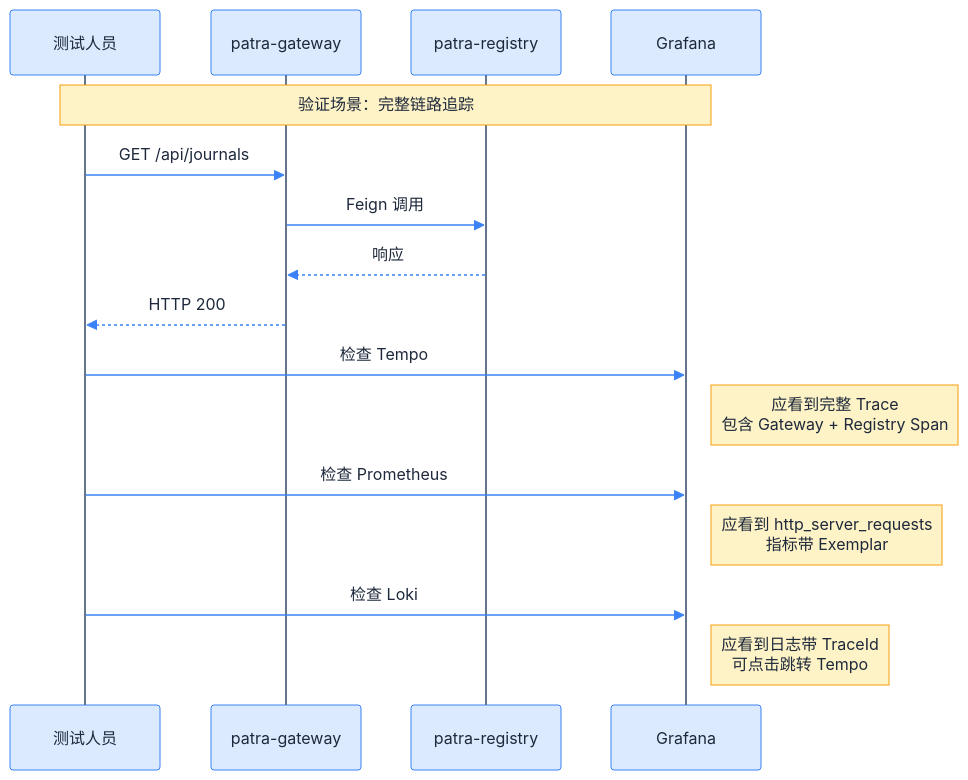
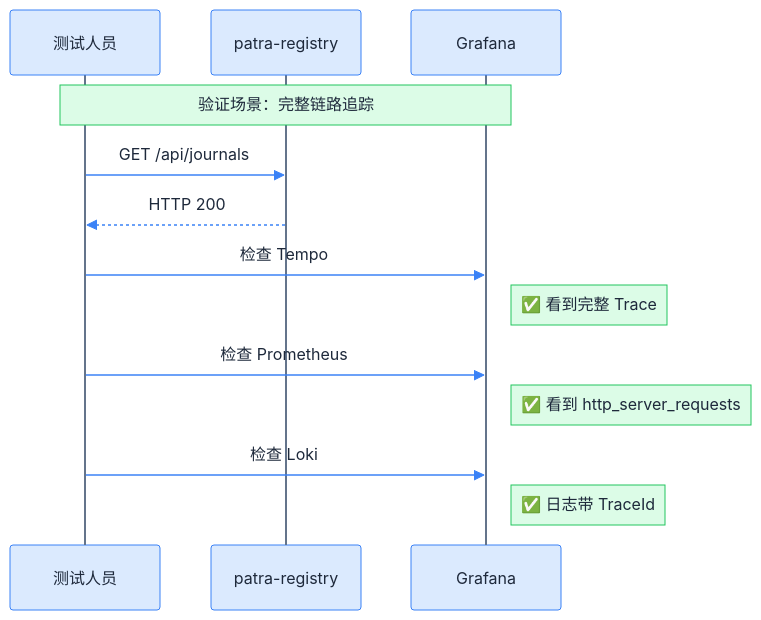
One commit to linqibin0826/patra changed the second of 3 diagrams in patra-api/docs/designs/observability/07-implementation-roadmap.md. Above: the diagram before and after it, drawn with Mermaid. The commit also changed other lines of this file and 4 other files, not shown here.

````diff
--- a/patra-api/docs/designs/observability/07-implementation-roadmap.md
+++ b/patra-api/docs/designs/observability/07-implementation-roadmap.md
@@ -208,38 +238,35 @@
 ```mermaid
 %%{init: {
   'theme': 'base',
   'themeVariables': {
     'primaryColor': '#dbeafe',
     'primaryTextColor': '#1e293b',
     'primaryBorderColor': '#3b82f6',
     'lineColor': '#64748b',
     'actorLineColor': '#64748b',
     'signalColor': '#3b82f6',
     'signalTextColor': '#1e293b',
-    'noteBkgColor': '#fef3c7',
+    'noteBkgColor': '#dcfce7',
     'noteTextColor': '#1e293b',
-    'noteBorderColor': '#f59e0b'
+    'noteBorderColor': '#22c55e'
   }
 }}%%
 sequenceDiagram
     participant Tester as 测试人员
-    participant Gateway as patra-gateway
     participant Registry as patra-registry
     participant Grafana as Grafana
 
     Note over Tester,Grafana: 验证场景：完整链路追踪
 
-    Tester->>Gateway: GET /api/journals
-    Gateway->>Registry: Feign 调用
-    Registry-->>Gateway: 响应
-    Gateway-->>Tester: HTTP 200
+    Tester->>Registry: GET /api/journals
+    Registry-->>Tester: HTTP 200
 
     Tester->>Grafana: 检查 Tempo
-    Note right of Grafana: 应看到完整 Trace<br/>包含 Gateway + Registry Span
+    Note right of Grafana: ✅ 看到完整 Trace
 
     Tester->>Grafana: 检查 Prometheus
-    Note right of Grafana: 应看到 http_server_requests<br/>指标带 Exemplar
+    Note right of Grafana: ✅ 看到 http_server_requests
 
     Tester->>Grafana: 检查 Loki
-    Note right of Grafana: 应看到日志带 TraceId<br/>可点击跳转 Tempo
+    Note right of Grafana: ✅ 日志带 TraceId
 ```
````
